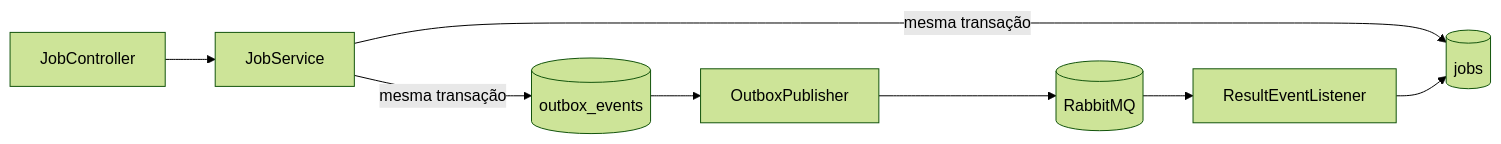
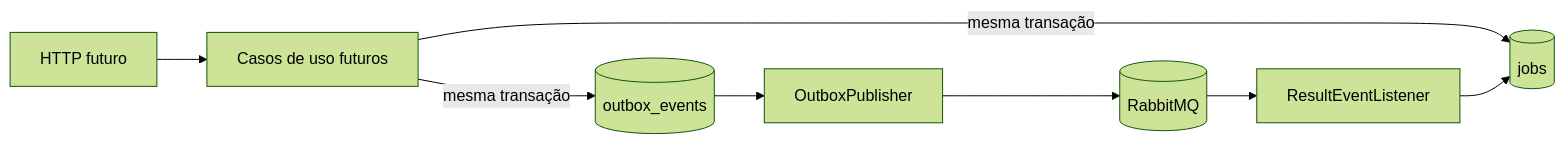
The diagram in services/video-api/README.md (fiap-postech-team/fiapx-video-platform), drawn with Mermaid (forest theme) before and after one commit. The commit also changed other lines of this file and 4 other files, not shown here.

````diff
--- a/services/video-api/README.md
+++ b/services/video-api/README.md
@@ -20,10 +25,10 @@
 ```mermaid
 flowchart LR
-    HTTP[JobController] --> SERVICE[JobService]
+    HTTP[HTTP futuro] --> SERVICE[Casos de uso futuros]
     SERVICE -->|mesma transação| JOBS[(jobs)]
     SERVICE -->|mesma transação| OUTBOX[(outbox_events)]
     OUTBOX --> PUBLISHER[OutboxPublisher]
     PUBLISHER --> MQ[(RabbitMQ)]
     MQ --> LISTENER[ResultEventListener]
     LISTENER --> JOBS
 ```
````
